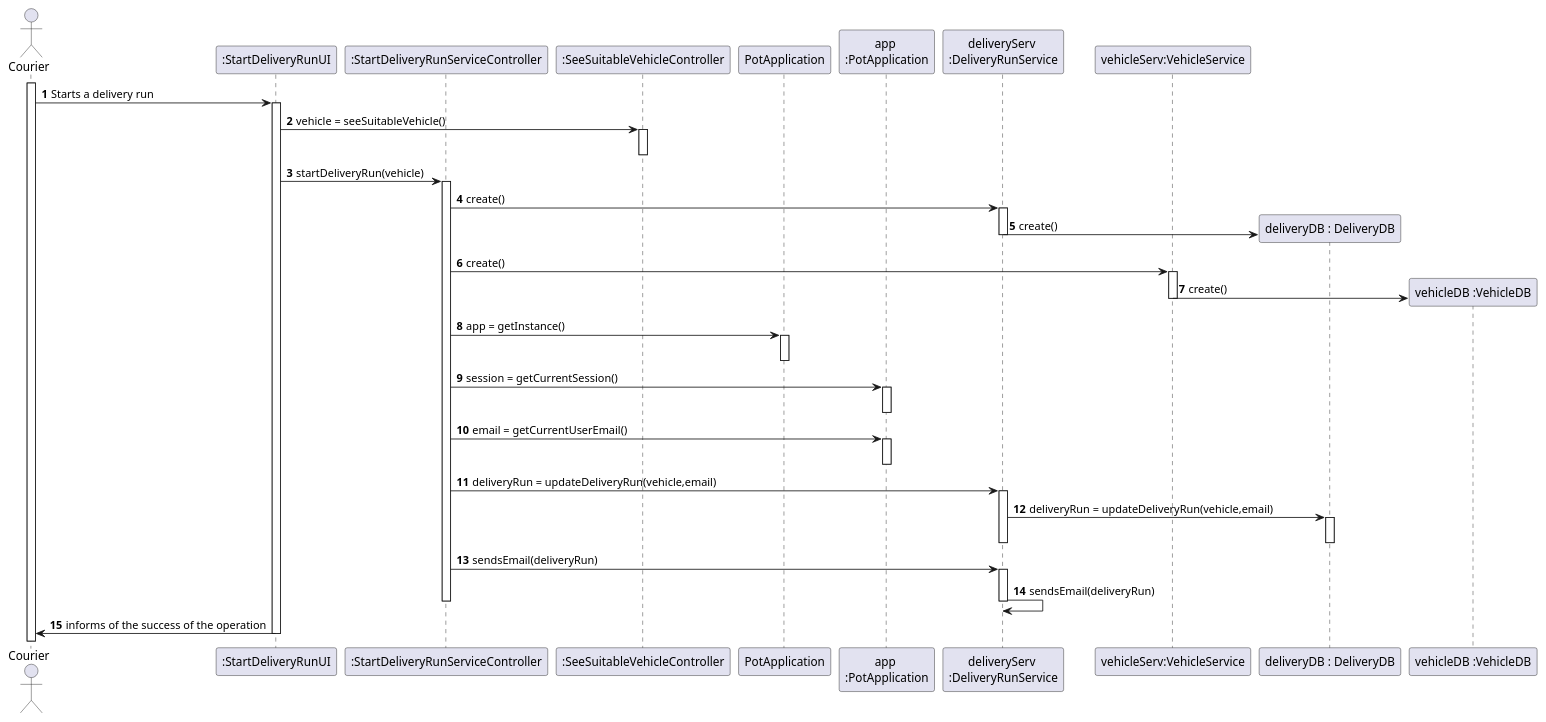
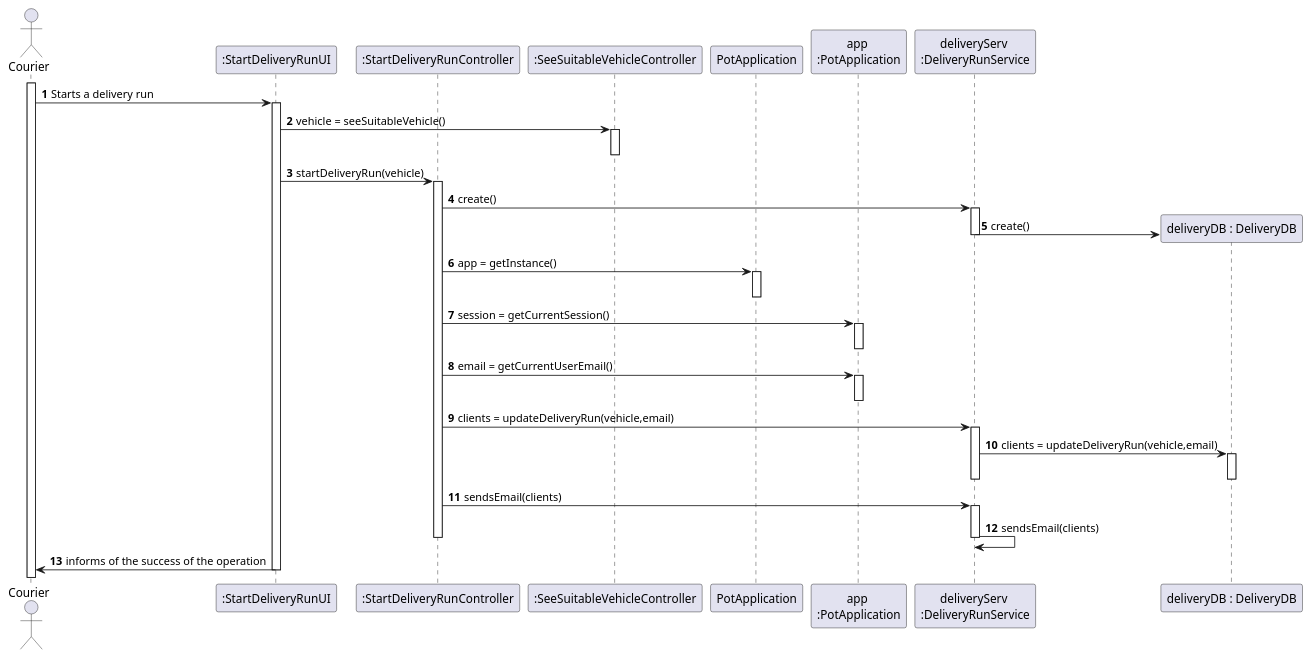
Before and after one commit to tiagoavcosta25/LAPR3: the diagram in docs/Iteration 2/Delivery Management/US205_StartDeliveryRun/US205_SD.puml, drawn with PlantUML. The commit also changed 7 other files, not shown here.

Commit message:
LAPR2AP2-205 #developing StartDeliveryRun [Implementation]

```diff
--- a/docs/Iteration 2/Delivery Management/US205_StartDeliveryRun/US205_SD.puml
+++ b/docs/Iteration 2/Delivery Management/US205_StartDeliveryRun/US205_SD.puml
@@ -1,56 +1,50 @@
 @startuml
 autonumber
 actor "Courier" as ADMIN
 participant ":StartDeliveryRunUI" as UI
-participant ":StartDeliveryRunServiceController" as CTRL
+participant ":StartDeliveryRunController" as CTRL
 participant ":SeeSuitableVehicleController" as CTRLS
 participant "PotApplication" as PA
 participant "app \n:PotApplication" as APA
 participant "deliveryServ \n:DeliveryRunService" as PR
-participant "vehicleServ:VehicleService" as SS
 participant "deliveryDB : DeliveryDB" as PDB
-participant "vehicleDB :VehicleDB" as SDB
 activate ADMIN
 
 ADMIN -> UI : Starts a delivery run
 activate UI
 
 UI -> CTRLS : vehicle = seeSuitableVehicle()
 activate CTRLS
 deactivate CTRLS
 UI -> CTRL : startDeliveryRun(vehicle)
 activate CTRL
 CTRL -> PR : create()
 activate PR
 PR -> PDB** : create()
 deactivate PR
-CTRL -> SS : create()
-activate SS
-SS -> SDB** : create()
-deactivate SS
 CTRL -> PA : app = getInstance()
 activate PA
 deactivate PA
 CTRL -> APA : session = getCurrentSession()
 activate APA
 deactivate APA
 
 CTRL -> APA : email = getCurrentUserEmail()
 activate APA
 deactivate APA
-CTRL -> PR : deliveryRun = updateDeliveryRun(vehicle,email)
+CTRL -> PR : clients = updateDeliveryRun(vehicle,email)
 activate PR
-PR -> PDB : deliveryRun = updateDeliveryRun(vehicle,email)
+PR -> PDB : clients = updateDeliveryRun(vehicle,email)
 activate PDB
 deactivate PDB
 deactivate PR
 
-CTRL -> PR : sendsEmail(deliveryRun)
+CTRL -> PR : sendsEmail(clients)
 activate PR
-PR -> PR : sendsEmail(deliveryRun)
+PR -> PR : sendsEmail(clients)
 deactivate PR
 deactivate CTRL
 UI -> ADMIN : informs of the success of the operation
 deactivate UI
 
 @enduml
```
